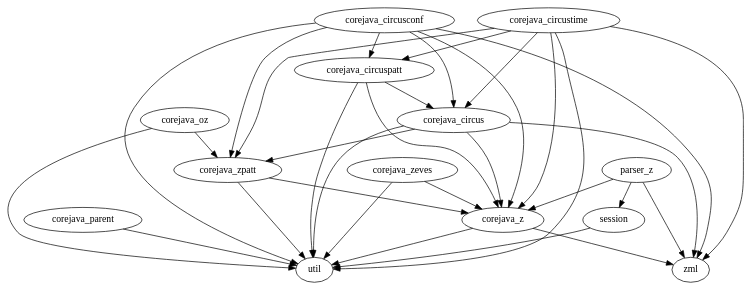
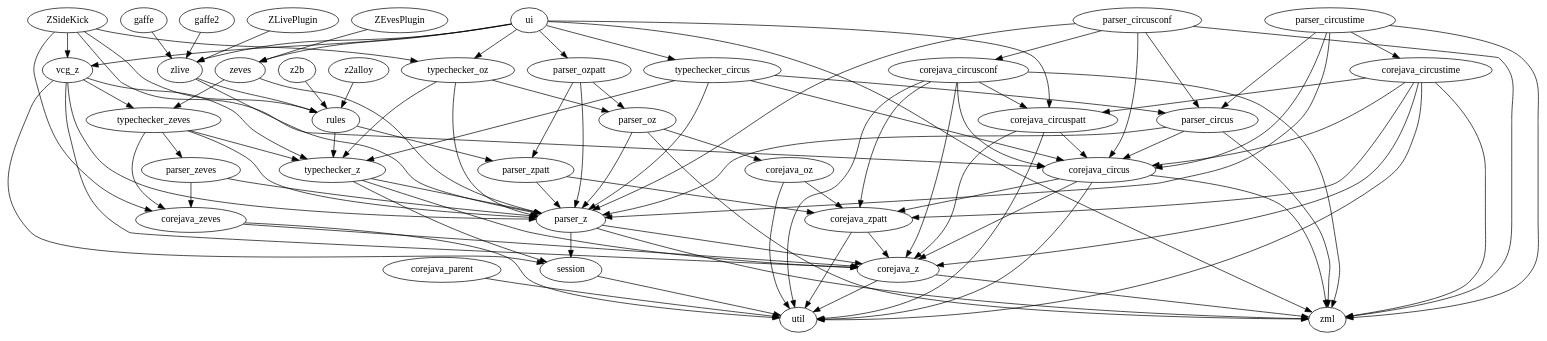
One commit to community-z-users/czt changed the diagram in ci_scripts/dependency_tree/czt_dependencies.dot. Above: the diagram before and after it, drawn with Graphviz. The commit also changed 7 other files, not shown here.

```diff
--- a/ci_scripts/dependency_tree/czt_dependencies.dot
+++ b/ci_scripts/dependency_tree/czt_dependencies.dot
@@ -1,13 +1,36 @@
 digraph {
 	session -> { util }
 	corejava_parent -> { util }
 	corejava_z -> { zml  util }
 	corejava_zpatt -> { corejava_z  util }
 	corejava_zeves -> { corejava_z  util }
 	corejava_oz -> { corejava_zpatt  util }
 	corejava_circus -> { corejava_zpatt  corejava_z  zml  util }
 	corejava_circuspatt -> { corejava_circus  corejava_z  util }
 	corejava_circustime -> { corejava_circus  corejava_circuspatt  corejava_zpatt  corejava_z  zml  util }
 	corejava_circusconf -> { corejava_circus  corejava_circuspatt  corejava_zpatt  corejava_z  zml  util }
 	parser_z -> { corejava_z  session  zml }
+	parser_zpatt -> { parser_z  parser_z  corejava_zpatt }
+	parser_zeves -> { parser_z  parser_z  corejava_zeves }
+	parser_oz -> { parser_z  parser_z  zml  corejava_oz }
+	parser_ozpatt -> { parser_oz  parser_zpatt  parser_z }
+	parser_circus -> { parser_z  parser_z  zml  corejava_circus }
+	parser_circustime -> { parser_circus  parser_circus  parser_z  parser_z  zml  corejava_circus  corejava_circustime }
+	parser_circusconf -> { parser_circus  parser_circus  parser_z  parser_z  zml  corejava_circus  corejava_circusconf }
+	typechecker_z -> { corejava_z  parser_z  session  parser_z }
+	typechecker_zeves -> { corejava_zeves  parser_zeves  typechecker_z  parser_z  typechecker_z  parser_zeves }
+	typechecker_oz -> { parser_oz  typechecker_z  parser_z  typechecker_z }
+	typechecker_circus -> { corejava_circus  parser_circus  typechecker_z  parser_z  typechecker_z }
+	rules -> { parser_zpatt  typechecker_z  typechecker_z }
+	zlive -> { parser_z  rules }
+	gaffe -> { zlive }
+	gaffe2 -> { zlive }
+	vcg_z -> { corejava_z  parser_z  parser_z  typechecker_z  session  typechecker_zeves }
+	z2b -> { rules }
+	z2alloy -> { rules }
+	zeves -> { typechecker_zeves  parser_z }
+	ui -> { zeves  zlive  typechecker_oz  typechecker_circus  parser_ozpatt  vcg_z  corejava_circuspatt  zml }
+	ZSideKick -> { corejava_circus  corejava_zeves  rules  typechecker_oz  vcg_z }
+	ZLivePlugin -> { zlive }
+	ZEvesPlugin -> { zeves }
 }
```
